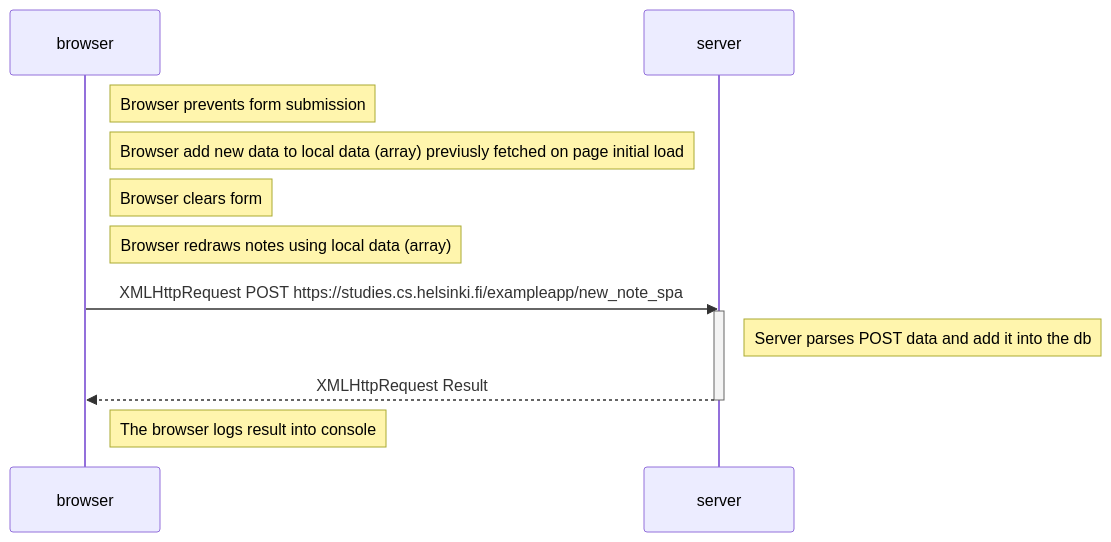
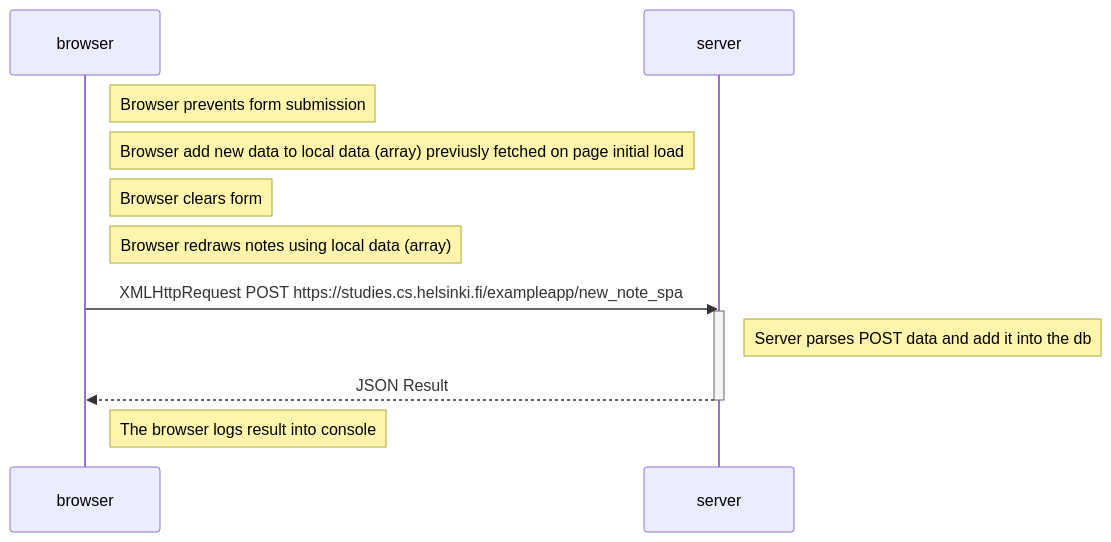
One commit to saert3311/open_fullstack changed the diagram in part0/NewNoteSPA.md. Above: the diagram before and after it, drawn with Mermaid.

Commit message:
litle adjustment

````diff
--- a/part0/NewNoteSPA.md
+++ b/part0/NewNoteSPA.md
@@ -3,19 +3,19 @@
 ```mermaid
 sequenceDiagram
     participant browser
     participant server
 
     Note right of browser: Browser prevents form submission
     Note right of browser: Browser add new data to local data (array) previusly fetched on page initial load
     Note right of browser: Browser clears form
     Note right of browser: Browser redraws notes using local data (array)
 
     browser->>server: XMLHttpRequest POST https://studies.cs.helsinki.fi/exampleapp/new_note_spa
     activate server
     Note right of server: Server parses POST data and add it into the db
-    server-->>browser: XMLHttpRequest Result
+    server-->>browser: JSON Result
     deactivate server
 
     Note right of browser: The browser logs result into console
     
 ```
````
